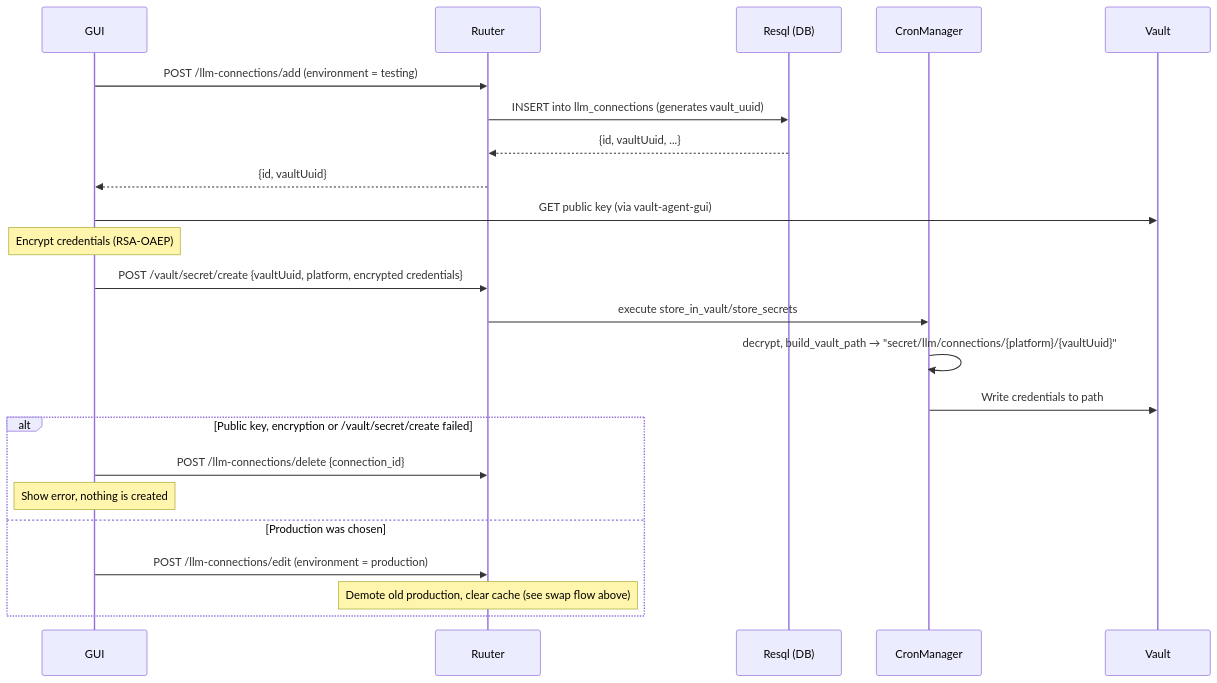
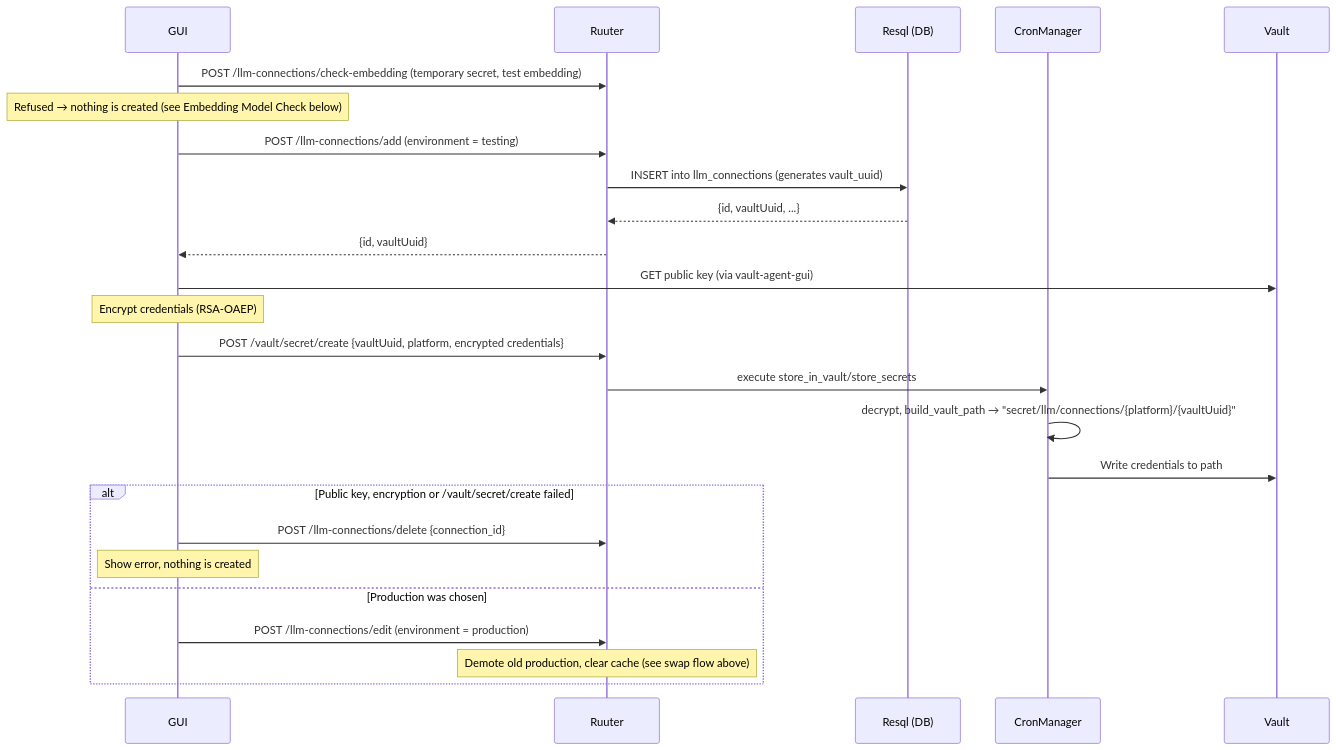
One commit to buerokratt/LLM-Module changed the third of 3 diagrams in docs/CONNECTION_SWAP_FLOW.md. Above: the diagram before and after it, drawn with Mermaid. The commit also changed other lines of this file and 8 other files, not shown here.

````diff
--- a/docs/CONNECTION_SWAP_FLOW.md
+++ b/docs/CONNECTION_SWAP_FLOW.md
@@ -287,29 +287,31 @@
 ```mermaid
 sequenceDiagram
     participant GUI
     participant Ruuter
     participant Resql as Resql (DB)
     participant CronMgr as CronManager
     participant Vault
 
+    GUI->>Ruuter: POST /llm-connections/check-embedding (temporary secret, test embedding)
+    Note over GUI: Refused → nothing is created (see Embedding Model Check below)
     GUI->>Ruuter: POST /llm-connections/add (environment = testing)
     Ruuter->>Resql: INSERT into llm_connections (generates vault_uuid)
     Resql-->>Ruuter: {id, vaultUuid, ...}
     Ruuter-->>GUI: {id, vaultUuid}
 
     GUI->>Vault: GET public key (via vault-agent-gui)
     Note over GUI: Encrypt credentials (RSA-OAEP)
 
     GUI->>Ruuter: POST /vault/secret/create {vaultUuid, platform, encrypted credentials}
     Ruuter->>CronMgr: execute store_in_vault/store_secrets
     CronMgr->>CronMgr: decrypt, build_vault_path → "secret/llm/connections/{platform}/{vaultUuid}"
     CronMgr->>Vault: Write credentials to path
 
     alt Public key, encryption or /vault/secret/create failed
         GUI->>Ruuter: POST /llm-connections/delete {connection_id}
         Note over GUI: Show error, nothing is created
     else Production was chosen
         GUI->>Ruuter: POST /llm-connections/edit (environment = production)
         Note over Ruuter: Demote old production, clear cache (see swap flow above)
     end
 ```
````
